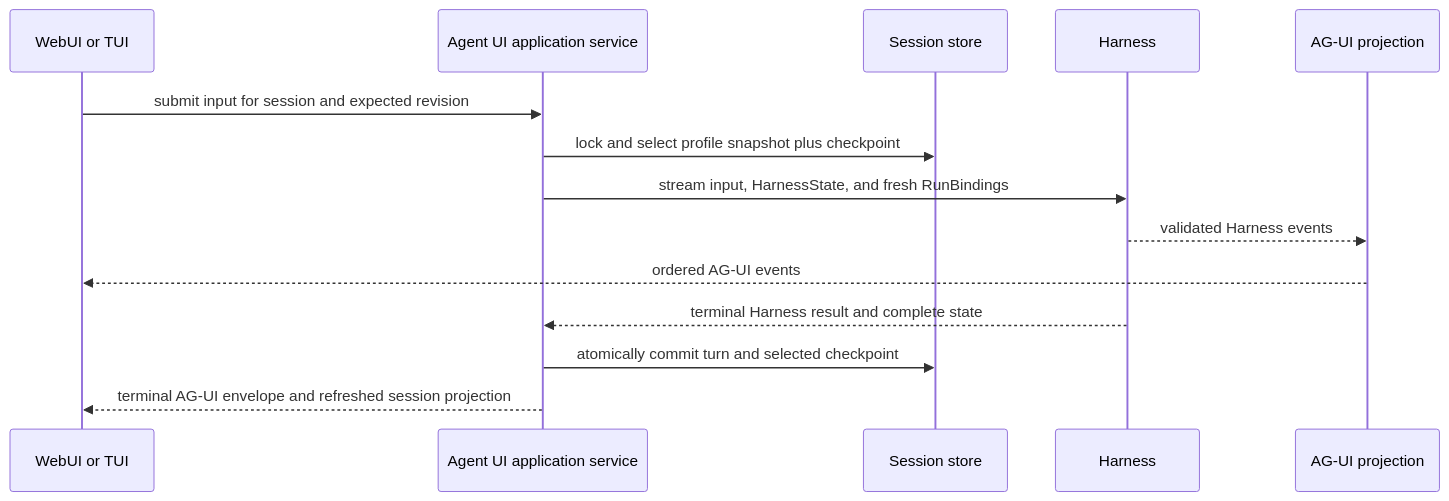
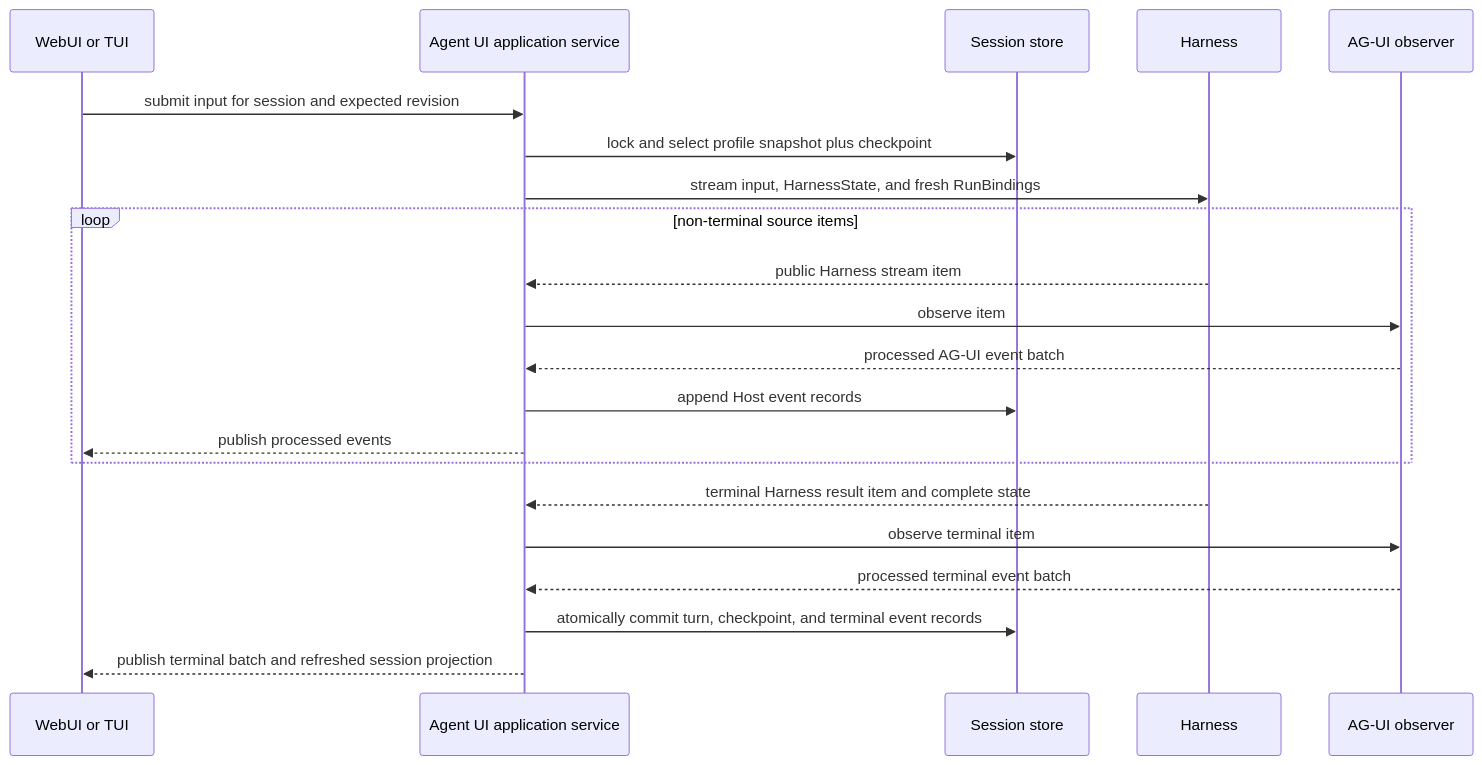
One commit to LTThreeComma/agent-foundation changed the second of 3 diagrams in spec/agent-ui/00-overview.md. Above: the diagram before and after it, drawn with Mermaid. The commit also changed other lines of this file and 86 other files, not shown here.

````diff
--- a/spec/agent-ui/00-overview.md
+++ b/spec/agent-ui/00-overview.md
@@ -77,17 +78,24 @@
 ```mermaid
 sequenceDiagram
     participant Surface as WebUI or TUI
     participant App as Agent UI application service
     participant Store as Session store
     participant Harness
-    participant AGUI as AG-UI projection
+    participant AGUI as AG-UI observer
 
     Surface->>App: submit input for session and expected revision
     App->>Store: lock and select profile snapshot plus checkpoint
     App->>Harness: stream input, HarnessState, and fresh RunBindings
-    Harness-->>AGUI: validated Harness events
-    AGUI-->>Surface: ordered AG-UI events
-    Harness-->>App: terminal Harness result and complete state
-    App->>Store: atomically commit turn and selected checkpoint
-    App-->>Surface: terminal AG-UI envelope and refreshed session projection
+    loop non-terminal source items
+        Harness-->>App: public Harness stream item
+        App->>AGUI: observe item
+        AGUI-->>App: processed AG-UI event batch
+        App->>Store: append Host event records
+        App-->>Surface: publish processed events
+    end
+    Harness-->>App: terminal Harness result item and complete state
+    App->>AGUI: observe terminal item
+    AGUI-->>App: processed terminal event batch
+    App->>Store: atomically commit turn, checkpoint, and terminal event records
+    App-->>Surface: publish terminal batch and refreshed session projection
 ```
````
